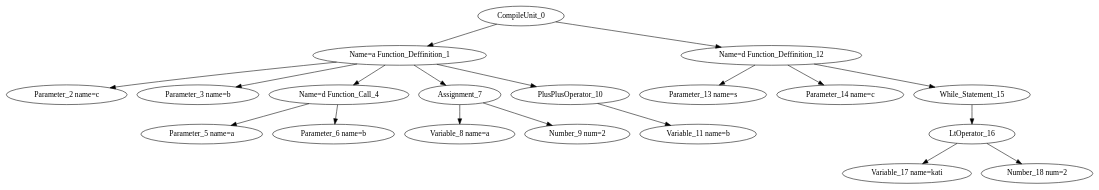
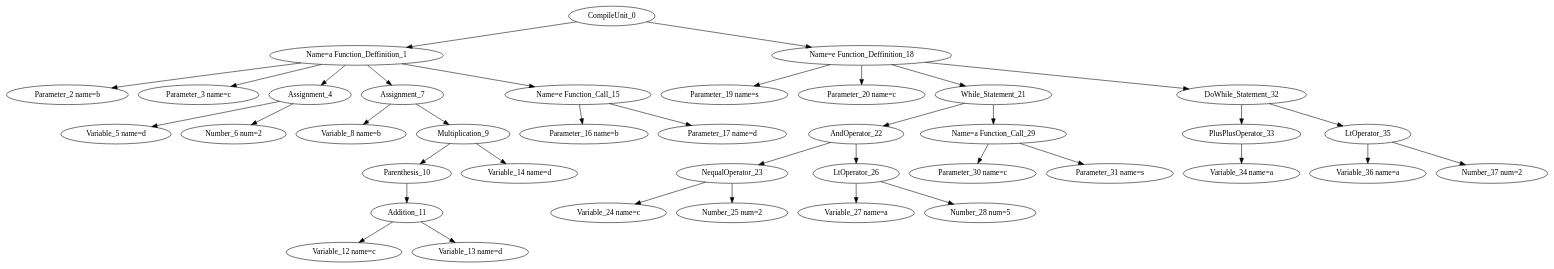
One commit to Vasilispapg/MiniCAntlr changed the diagram in bin/Debug/test.dot. Above: the diagram before and after it, drawn with Graphviz. The commit also changed 4 other files, not shown here.

```diff
--- a/bin/Debug/test.dot
+++ b/bin/Debug/test.dot
@@ -1,20 +1,39 @@
 digraph G{
 "CompileUnit_0"->"Name=a Function_Deffinition_1";
-"Name=a Function_Deffinition_1"->"Parameter_2 name=c";
-"Name=a Function_Deffinition_1"->"Parameter_3 name=b";
-"Name=a Function_Deffinition_1"->"Name=d Function_Call_4";
-"Name=d Function_Call_4"->"Parameter_5 name=a";
-"Name=d Function_Call_4"->"Parameter_6 name=b";
+"Name=a Function_Deffinition_1"->"Parameter_2 name=b";
+"Name=a Function_Deffinition_1"->"Parameter_3 name=c";
+"Name=a Function_Deffinition_1"->"Assignment_4";
+"Assignment_4"->"Variable_5 name=d";
+"Assignment_4"->"Number_6 num=2";
 "Name=a Function_Deffinition_1"->"Assignment_7";
-"Assignment_7"->"Variable_8 name=a";
-"Assignment_7"->"Number_9 num=2";
-"Name=a Function_Deffinition_1"->"PlusPlusOperator_10";
-"PlusPlusOperator_10"->"Variable_11 name=b";
-"CompileUnit_0"->"Name=d Function_Deffinition_12";
-"Name=d Function_Deffinition_12"->"Parameter_13 name=s";
-"Name=d Function_Deffinition_12"->"Parameter_14 name=c";
-"Name=d Function_Deffinition_12"->"While_Statement_15";
-"While_Statement_15"->"LtOperator_16";
-"LtOperator_16"->"Variable_17 name=kati";
-"LtOperator_16"->"Number_18 num=2";
+"Assignment_7"->"Variable_8 name=b";
+"Assignment_7"->"Multiplication_9";
+"Multiplication_9"->"Parenthesis_10";
+"Parenthesis_10"->"Addition_11";
+"Addition_11"->"Variable_12 name=c";
+"Addition_11"->"Variable_13 name=d";
+"Multiplication_9"->"Variable_14 name=d";
+"Name=a Function_Deffinition_1"->"Name=e Function_Call_15";
+"Name=e Function_Call_15"->"Parameter_16 name=b";
+"Name=e Function_Call_15"->"Parameter_17 name=d";
+"CompileUnit_0"->"Name=e Function_Deffinition_18";
+"Name=e Function_Deffinition_18"->"Parameter_19 name=s";
+"Name=e Function_Deffinition_18"->"Parameter_20 name=c";
+"Name=e Function_Deffinition_18"->"While_Statement_21";
+"While_Statement_21"->"AndOperator_22";
+"AndOperator_22"->"NequalOperator_23";
+"NequalOperator_23"->"Variable_24 name=c";
+"NequalOperator_23"->"Number_25 num=2";
+"AndOperator_22"->"LtOperator_26";
+"LtOperator_26"->"Variable_27 name=a";
+"LtOperator_26"->"Number_28 num=5";
+"While_Statement_21"->"Name=a Function_Call_29";
+"Name=a Function_Call_29"->"Parameter_30 name=c";
+"Name=a Function_Call_29"->"Parameter_31 name=s";
+"Name=e Function_Deffinition_18"->"DoWhile_Statement_32";
+"DoWhile_Statement_32"->"PlusPlusOperator_33";
+"PlusPlusOperator_33"->"Variable_34 name=a";
+"DoWhile_Statement_32"->"LtOperator_35";
+"LtOperator_35"->"Variable_36 name=a";
+"LtOperator_35"->"Number_37 num=2";
 }
```
